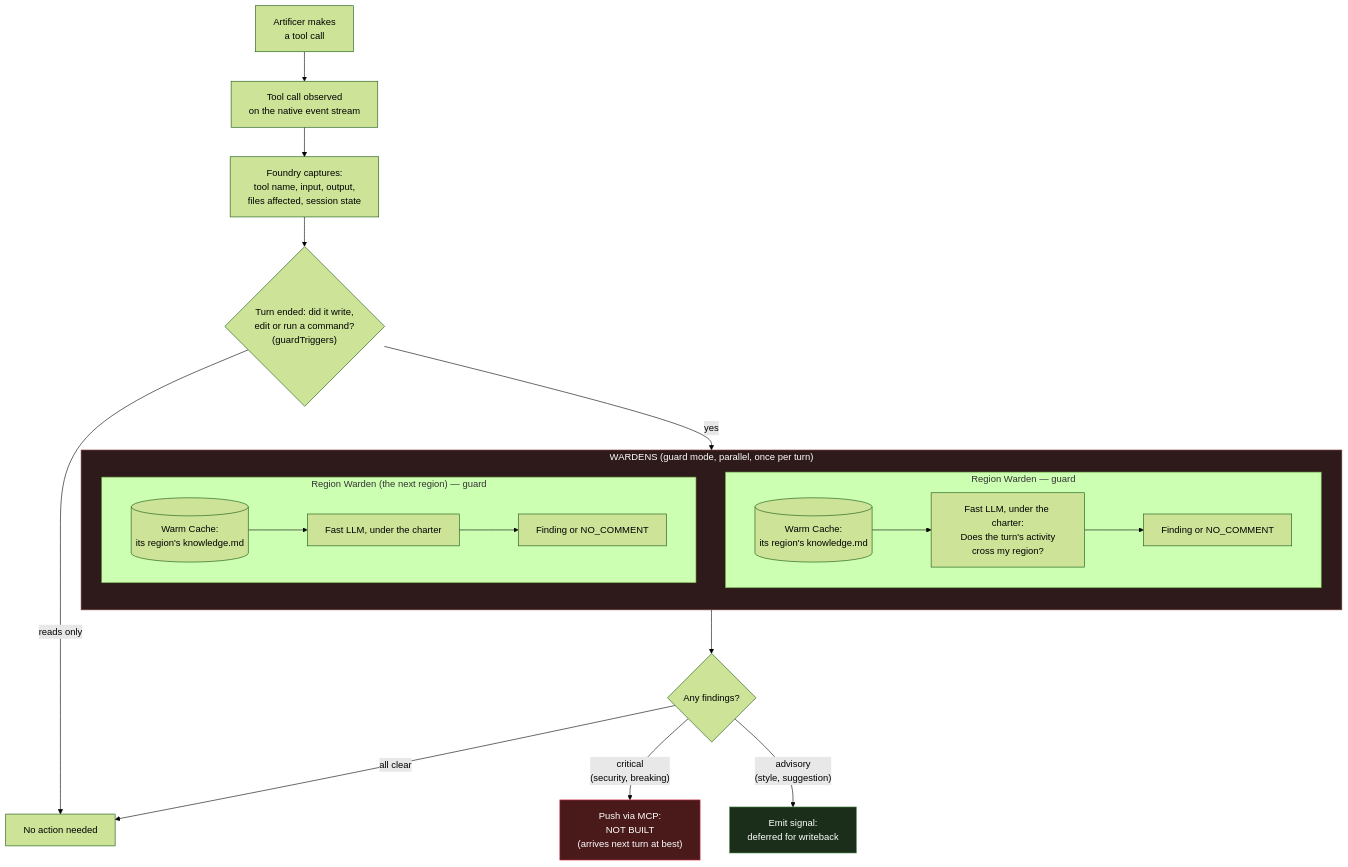
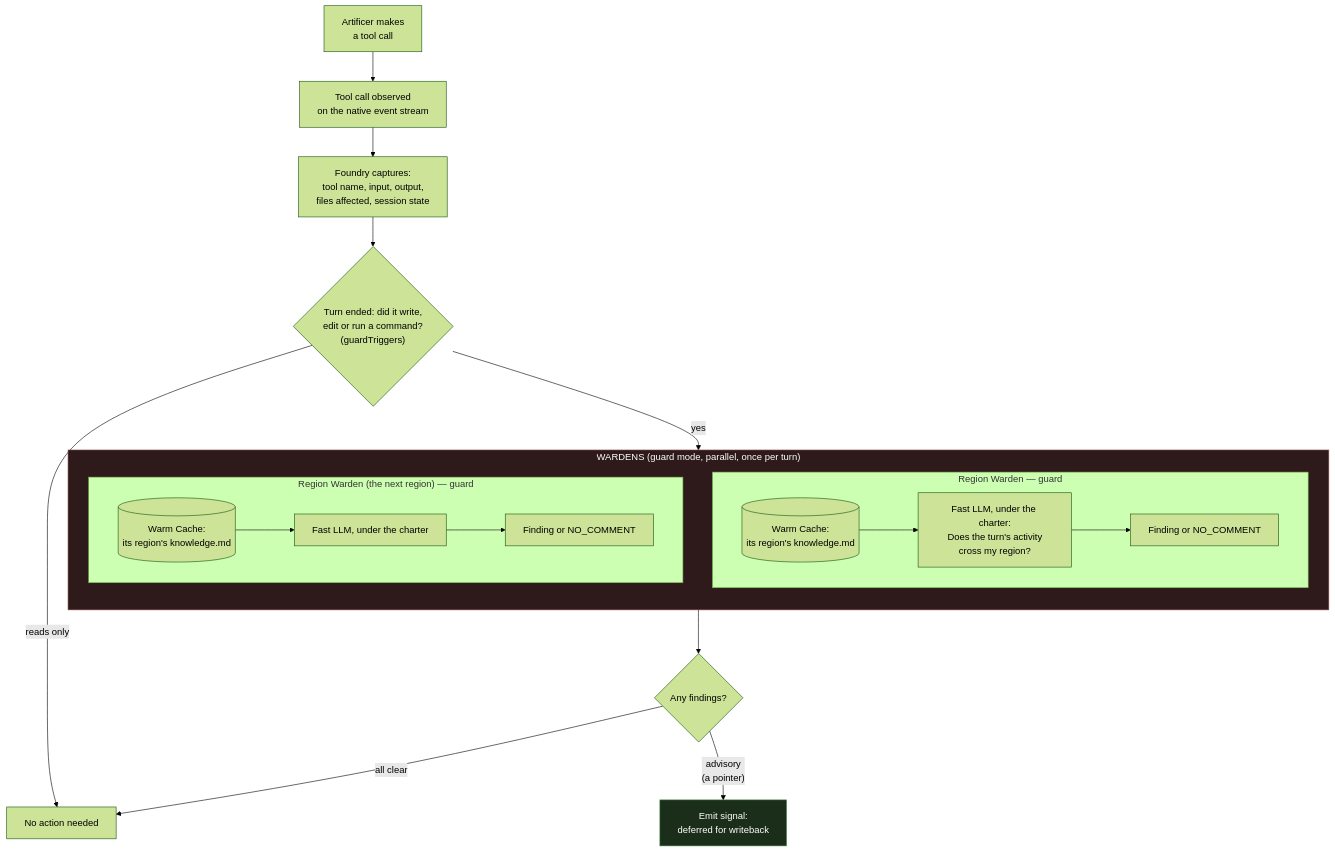
One commit to inixiative/foundry changed the fourth of 6 diagrams in docs/FLOW.md. Above: the diagram before and after it, drawn with Mermaid (forest theme). The commit also changed other lines of this file and 148 other files, not shown here.

First line of the commit message:
Rename DomainLibrarian to Warden; remove the dead programmatic guard, critical and suggestion paths (#432)

````diff
--- a/docs/FLOW.md
+++ b/docs/FLOW.md
@@ -510,45 +510,42 @@
 ```mermaid
 flowchart TB
     TOOL["Artificer makes\na tool call"]
     HOOK["Tool call observed\non the native event stream"]
     CAPTURE["Foundry captures:\ntool name, input, output,\nfiles affected, session state"]
 
     subgraph GUARDS ["WARDENS (guard mode, parallel, once per turn)"]
         direction TB
 
         subgraph G1 ["Region Warden — guard"]
             GR1_CACHE[("Warm Cache:\nits region's knowledge.md")]
             GR1_LLM["Fast LLM, under the charter:\nDoes the turn's activity\ncross my region?"]
             GR1_OUT["Finding or NO_COMMENT"]
             GR1_CACHE --> GR1_LLM
             GR1_LLM --> GR1_OUT
         end
 
         subgraph G2 ["Region Warden (the next region) — guard"]
             GR2_CACHE[("Warm Cache:\nits region's knowledge.md")]
             GR2_LLM["Fast LLM, under the charter"]
             GR2_OUT["Finding or NO_COMMENT"]
             GR2_CACHE --> GR2_LLM
             GR2_LLM --> GR2_OUT
         end
     end
 
     FINDINGS{"Any findings?"}
-    PUSH_MCP["Push via MCP:\nNOT BUILT\n(arrives next turn at best)"]
     SIGNAL["Emit signal:\ndeferred for writeback"]
     NOTHING["No action needed"]
 
     TOOL --> HOOK
     HOOK --> CAPTURE
     CAPTURE --> GATE{"Turn ended: did it write,\nedit or run a command?\n(guardTriggers)"}
     GATE -->|"yes"| GUARDS
     GATE -->|"reads only"| NOTHING
     GUARDS --> FINDINGS
-    FINDINGS -->|"critical\n(security, breaking)"| PUSH_MCP
-    FINDINGS -->|"advisory\n(style, suggestion)"| SIGNAL
+    FINDINGS -->|"advisory\n(a pointer)"| SIGNAL
     FINDINGS -->|"all clear"| NOTHING
 
     style GUARDS fill:#2e1a1a,stroke:#8a4a4a,color:#fff
-    style PUSH_MCP fill:#4a1a1a,stroke:#e94560,color:#fff
     style SIGNAL fill:#1a2e1a,stroke:#4a8a4a,color:#fff
 ```
````
